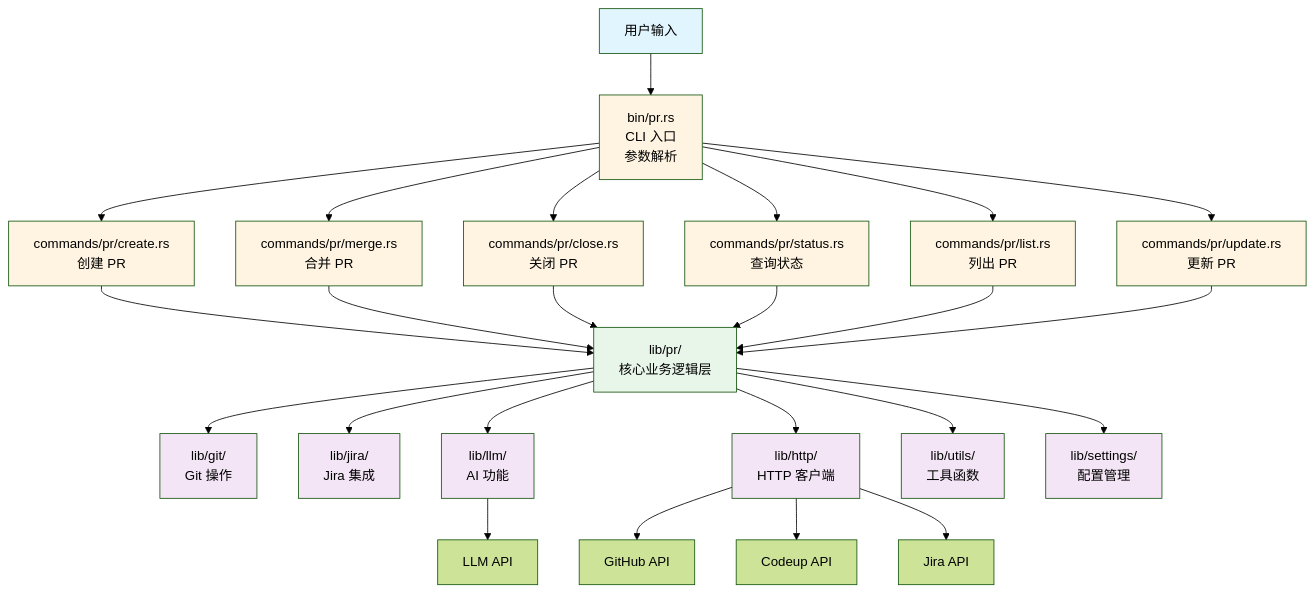
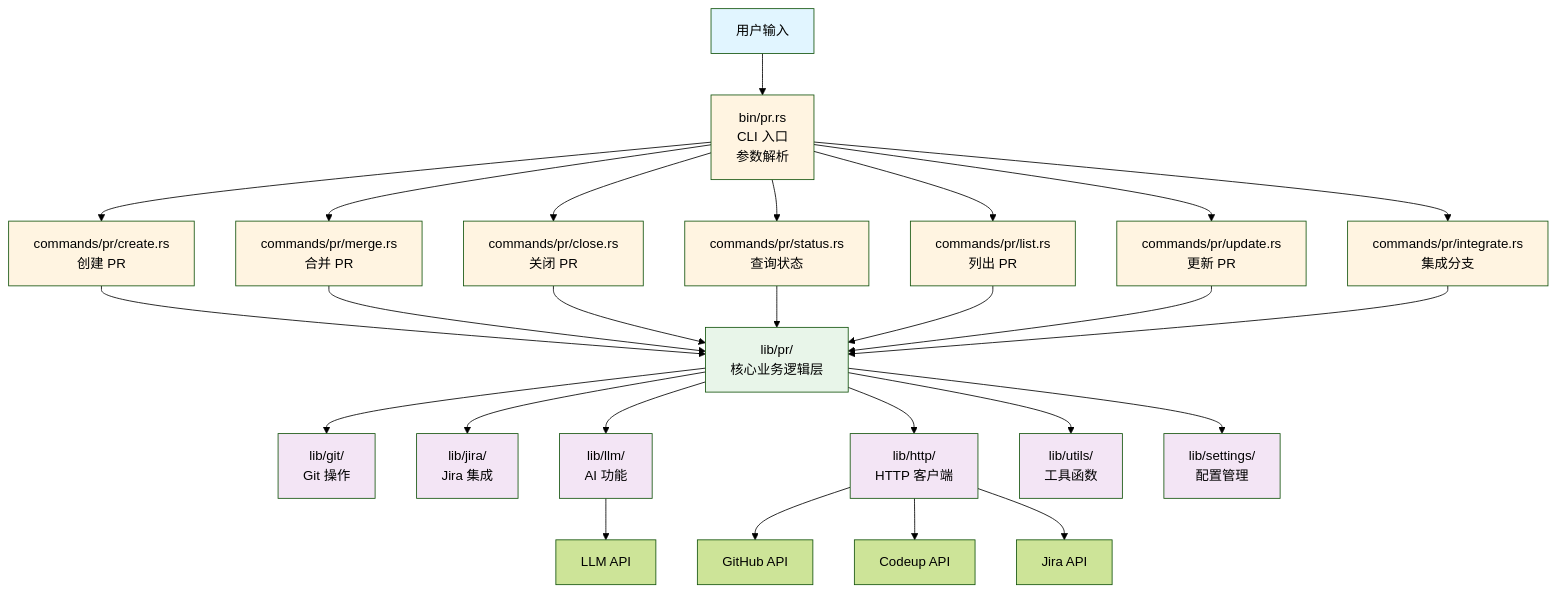
The first of 8 diagrams in docs/PR_ARCHITECTURE.md (zevwings/workflow.rs), drawn with Mermaid (forest theme) before and after one commit. The commit also changed other lines of this file and 2 other files, not shown here.

````diff
--- a/docs/PR_ARCHITECTURE.md
+++ b/docs/PR_ARCHITECTURE.md
@@ -85,46 +86,49 @@
 ```mermaid
 graph TB
     User[用户输入] --> CLI[bin/pr.rs<br/>CLI 入口<br/>参数解析]
 
     CLI --> Create[commands/pr/create.rs<br/>创建 PR]
     CLI --> Merge[commands/pr/merge.rs<br/>合并 PR]
     CLI --> Close[commands/pr/close.rs<br/>关闭 PR]
     CLI --> Status[commands/pr/status.rs<br/>查询状态]
     CLI --> List[commands/pr/list.rs<br/>列出 PR]
     CLI --> Update[commands/pr/update.rs<br/>更新 PR]
+    CLI --> Integrate[commands/pr/integrate.rs<br/>集成分支]
 
     Create --> LibPR[lib/pr/<br/>核心业务逻辑层]
     Merge --> LibPR
     Close --> LibPR
     Status --> LibPR
     List --> LibPR
     Update --> LibPR
+    Integrate --> LibPR
 
     LibPR --> Git[lib/git/<br/>Git 操作]
     LibPR --> Jira[lib/jira/<br/>Jira 集成]
     LibPR --> LLM[lib/llm/<br/>AI 功能]
     LibPR --> Http[lib/http/<br/>HTTP 客户端]
     LibPR --> Utils[lib/utils/<br/>工具函数]
     LibPR --> Settings[lib/settings/<br/>配置管理]
 
     Http --> GitHub[GitHub API]
     Http --> Codeup[Codeup API]
     Http --> JiraAPI[Jira API]
     LLM --> LLMAPI[LLM API]
 
     style User fill:#e1f5ff
     style CLI fill:#fff4e1
     style Create fill:#fff4e1
     style Merge fill:#fff4e1
     style Close fill:#fff4e1
     style Status fill:#fff4e1
     style List fill:#fff4e1
     style Update fill:#fff4e1
+    style Integrate fill:#fff4e1
     style LibPR fill:#e8f5e9
     style Git fill:#f3e5f5
     style Jira fill:#f3e5f5
     style LLM fill:#f3e5f5
     style Http fill:#f3e5f5
     style Utils fill:#f3e5f5
     style Settings fill:#f3e5f5
 ```
````
